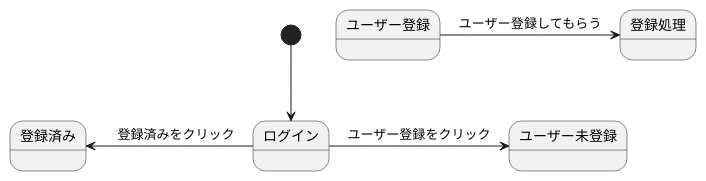
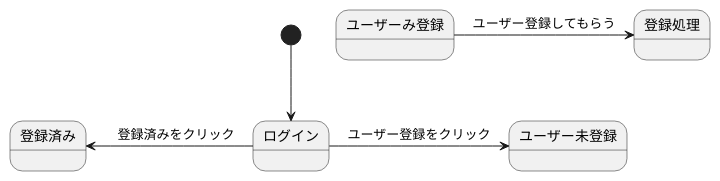
The diagram in b.md (Aso2001196/2021sys-design), drawn with PlantUML before and after one commit.

````diff
--- a/b.md
+++ b/b.md
@@ -1,8 +1,8 @@
 ```uml
 @startuml
 [*]-->ログイン
 ログイン-> ユーザー未登録 : ユーザー登録をクリック
 ログイン-left-> 登録済み :　登録済みをクリック
-ユーザー登録-> 登録処理 : ユーザー登録してもらう
+ユーザーみ登録-> 登録処理 : ユーザー登録してもらう
 @enduml
 ```
````
